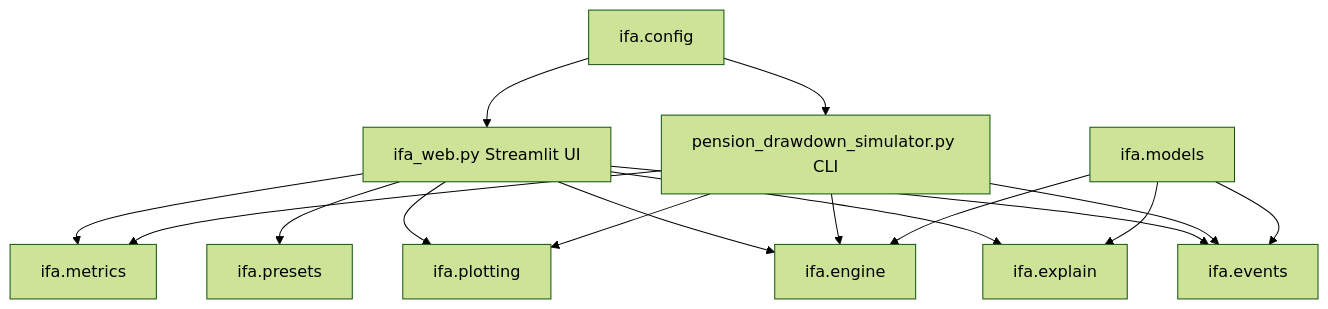
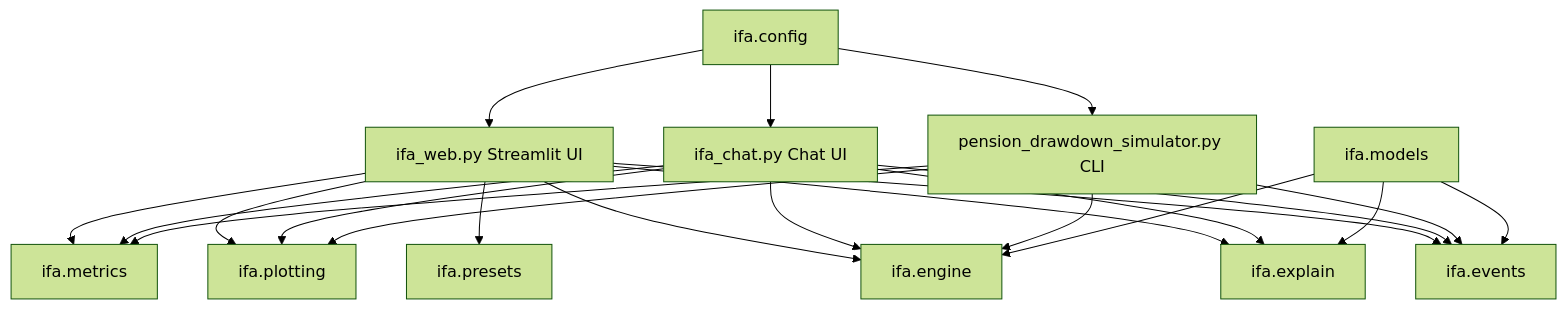
One commit to bumface11/ifa changed the first of 2 diagrams in docs/ARCHITECTURE.md. Above: the diagram before and after it, drawn with Mermaid (forest theme). The commit also changed other lines of this file and 3 other files, not shown here.

Commit message:
Add ifa_chat.py conversational UI and update docs

````diff
--- a/docs/ARCHITECTURE.md
+++ b/docs/ARCHITECTURE.md
@@ -20,20 +21,27 @@
 ```mermaid
 flowchart TD
     UI[ifa_web.py Streamlit UI] --> Events[ifa.events]
     UI --> Engine[ifa.engine]
     UI --> Plotting[ifa.plotting]
     UI --> Metrics[ifa.metrics]
     UI --> Explain[ifa.explain]
     UI --> Presets[ifa.presets]
 
+    Chat[ifa_chat.py Chat UI] --> Events
+    Chat --> Engine
+    Chat --> Plotting
+    Chat --> Metrics
+    Chat --> Explain
+
     CLI[pension_drawdown_simulator.py CLI] --> Events
     CLI --> Engine
     CLI --> Plotting
     CLI --> Metrics
 
     Config[ifa.config] --> UI
+    Config --> Chat
     Config --> CLI
     Models[ifa.models] --> Events
     Models --> Engine
     Models --> Explain
 ```
````
